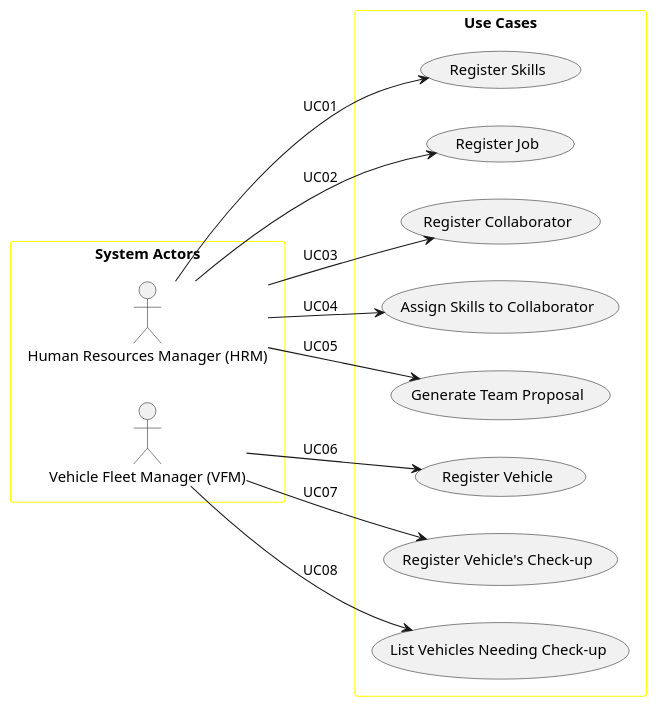
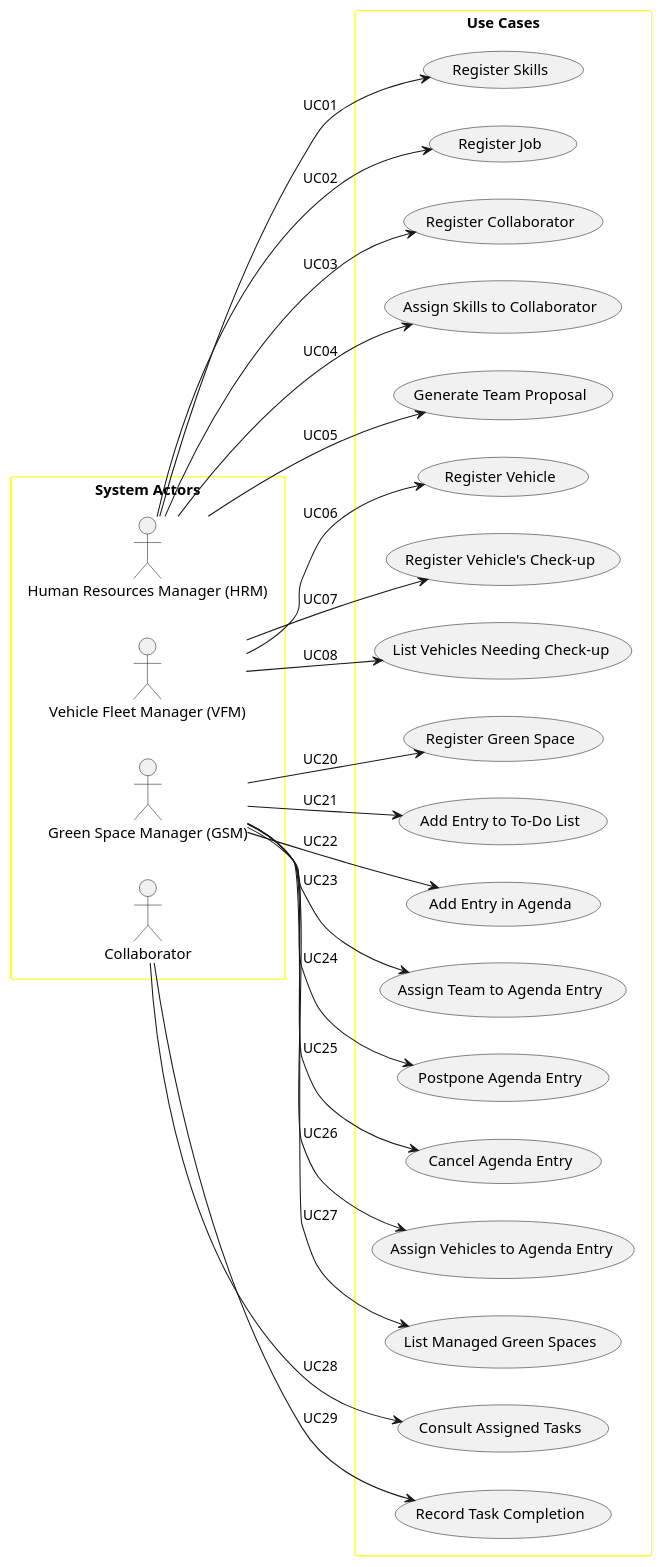
The diagram in docs/sprintC/global-artifacts/01.requirements-engineering/puml/use-case-diagram.puml (Departamento-de-Engenharia-Informatica/greenspace-management), drawn with PlantUML before and after one commit. The commit also changed 2 other files, not shown here.

Commit message:
US020 Use Case Diagram done

```diff
--- a/docs/sprintC/global-artifacts/01.requirements-engineering/puml/use-case-diagram.puml
+++ b/docs/sprintC/global-artifacts/01.requirements-engineering/puml/use-case-diagram.puml
@@ -1,40 +1,62 @@
 @startuml
 'skinparam monochrome true
 skinparam packageStyle rectangle
 'skinparam shadowing false
 
 skinparam rectangle{
     BorderColor yellow
 }
 
 left to right direction
 
 rectangle "System Actors" as actors {
     actor HRM as "Human Resources Manager (HRM)"
     actor VFM as "Vehicle Fleet Manager (VFM)"
-
+    actor GSM as "Green Space Manager (GSM)"
+    actor Collaborator as "Collaborator"
 }
 
 rectangle "Use Cases" as usecases{
     usecase UC01 as "Register Skills"
     usecase UC02 as "Register Job"
     usecase UC03 as "Register Collaborator"
     usecase UC04 as "Assign Skills to Collaborator"
     usecase UC05 as "Generate Team Proposal"
     usecase UC06 as "Register Vehicle"
     usecase UC07 as "Register Vehicle's Check-up"
     usecase UC08 as "List Vehicles Needing Check-up"
+    usecase UC20 as "Register Green Space"
+    usecase UC21 as "Add Entry to To-Do List"
+    usecase UC22 as "Add Entry in Agenda"
+    usecase UC23 as "Assign Team to Agenda Entry"
+    usecase UC24 as "Postpone Agenda Entry"
+    usecase UC25 as "Cancel Agenda Entry"
+    usecase UC26 as "Assign Vehicles to Agenda Entry"
+    usecase UC27 as "List Managed Green Spaces"
+    usecase UC28 as "Consult Assigned Tasks"
+    usecase UC29 as "Record Task Completion"
 }
-
 
 HRM --> UC01 : UC01
 HRM --> UC02 : UC02
 HRM --> UC03 : UC03
 HRM --> UC04 : UC04
 HRM --> UC05 : UC05
 
+Collaborator --> UC28 : UC28
+Collaborator --> UC29 : UC29
+
+GSM --> UC20 : UC20
+GSM --> UC21 : UC21
+GSM --> UC22 : UC22
+GSM --> UC23 : UC23
+GSM --> UC24 : UC24
+GSM --> UC25 : UC25
+GSM --> UC26 : UC26
+GSM --> UC27 : UC27
+
 VFM --> UC06 : UC06
 VFM --> UC07 : UC07
 VFM --> UC08 : UC08
 
 @enduml
```
